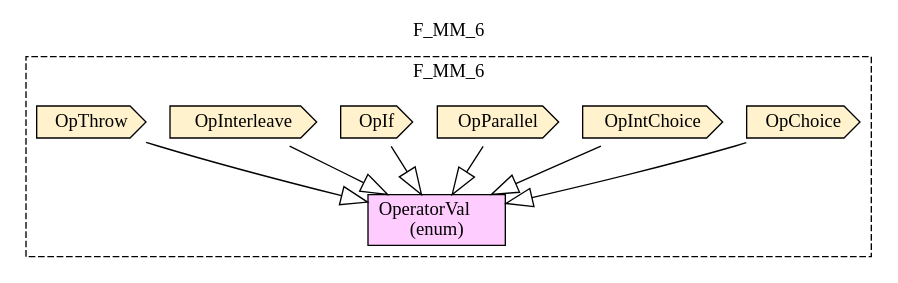
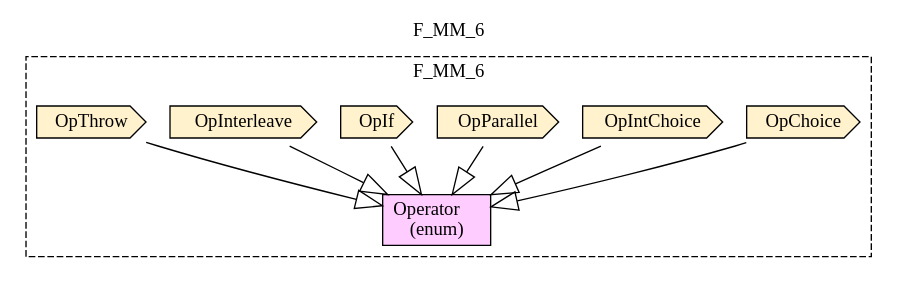
The diagram in Haskell/PCs/MM/img/F_MM_6.gv (namalio/Fragmenta), drawn with Graphviz before and after one commit. The commit also changed 17 other files, not shown here.

```diff
--- a/Haskell/PCs/MM/img/F_MM_6.gv
+++ b/Haskell/PCs/MM/img/F_MM_6.gv
@@ -1,19 +1,19 @@
 digraph {graph[label=F_MM_6,labelloc=tl,labelfontsize=12];
 subgraph cluster_F_MM_6{style=dashed;label=F_MM_6;
-"OperatorVal"[shape=record,fillcolor="#FFCCFF",style = filled,label="OperatorVal\l(enum)"];
+"Operator"[shape=record,fillcolor="#FFCCFF",style = filled,label="Operator\l(enum)"];
 "OpChoice"[shape=cds,fillcolor="#FFF2CC",style = filled,label="OpChoice"];
 "OpIntChoice"[shape=cds,fillcolor="#FFF2CC",style = filled,label="OpIntChoice"];
 "OpParallel"[shape=cds,fillcolor="#FFF2CC",style = filled,label="OpParallel"];
 "OpIf"[shape=cds,fillcolor="#FFF2CC",style = filled,label="OpIf"];
 "OpInterleave"[shape=cds,fillcolor="#FFF2CC",style = filled,label="OpInterleave"];
 "OpThrow"[shape=cds,fillcolor="#FFF2CC",style = filled,label="OpThrow"];
 
-"OpChoice"->"OperatorVal"[arrowhead=onormal,arrowsize=2.0];
-"OpIntChoice"->"OperatorVal"[arrowhead=onormal,arrowsize=2.0];
-"OpParallel"->"OperatorVal"[arrowhead=onormal,arrowsize=2.0];
-"OpIf"->"OperatorVal"[arrowhead=onormal,arrowsize=2.0];
-"OpInterleave"->"OperatorVal"[arrowhead=onormal,arrowsize=2.0];
-"OpThrow"->"OperatorVal"[arrowhead=onormal,arrowsize=2.0];
+"OpChoice"->"Operator"[arrowhead=onormal,arrowsize=2.0];
+"OpIntChoice"->"Operator"[arrowhead=onormal,arrowsize=2.0];
+"OpParallel"->"Operator"[arrowhead=onormal,arrowsize=2.0];
+"OpIf"->"Operator"[arrowhead=onormal,arrowsize=2.0];
+"OpInterleave"->"Operator"[arrowhead=onormal,arrowsize=2.0];
+"OpThrow"->"Operator"[arrowhead=onormal,arrowsize=2.0];
 
 }
 }
```
